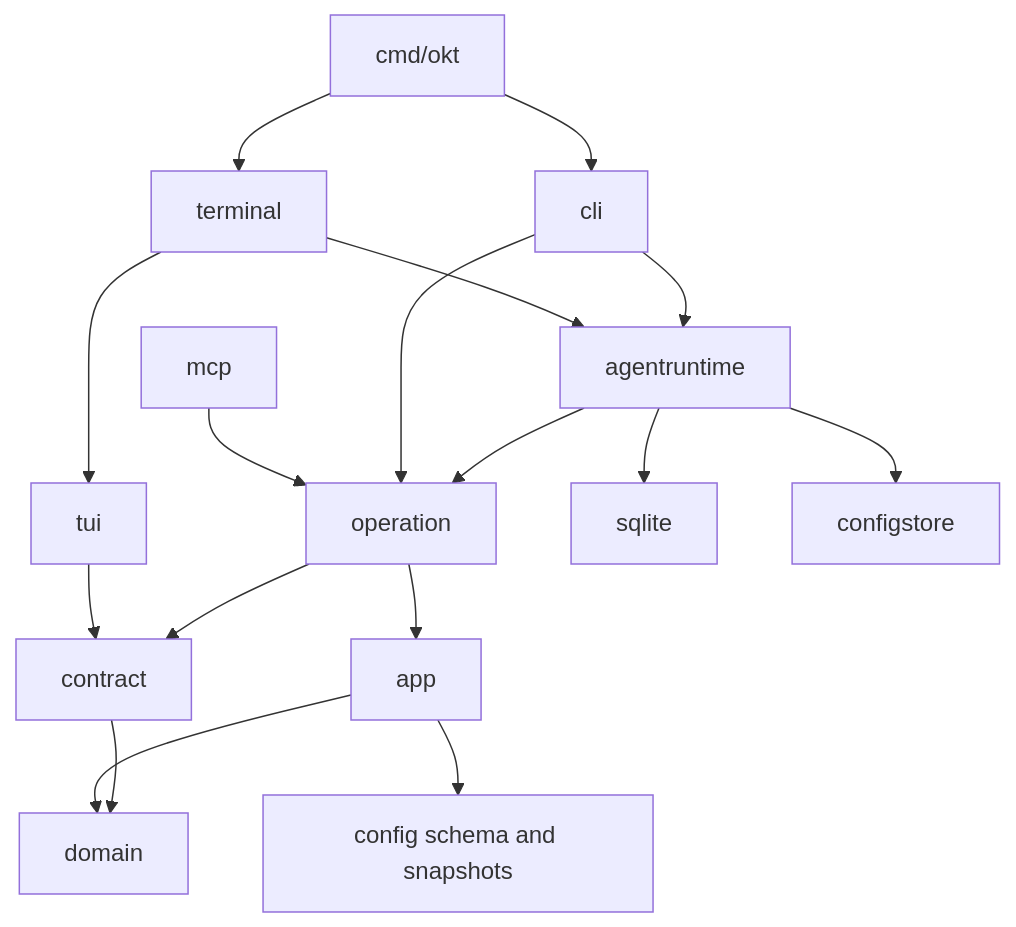
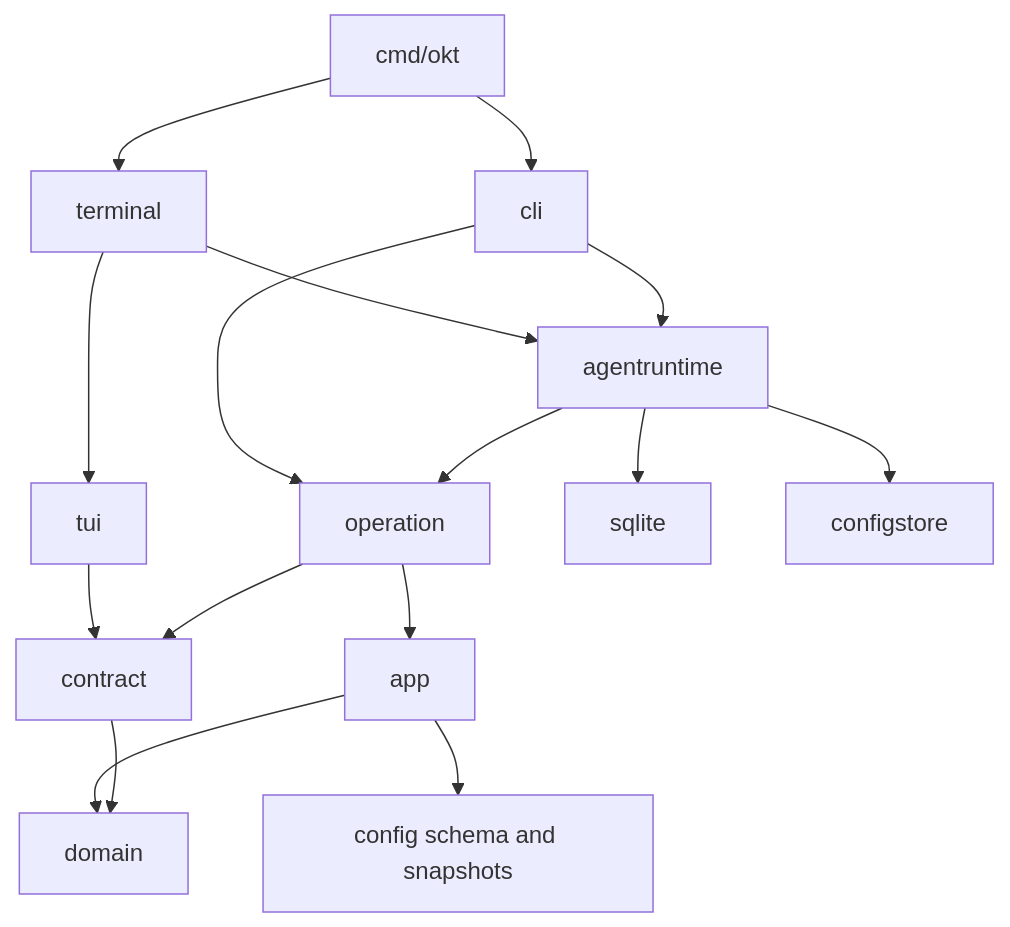
The diagram in .docs/internal/architecture.md (This-Is-NPC/omakiten), drawn with Mermaid before and after one commit. The commit also changed other lines of this file and 325 other files, not shown here.

First line of the commit message:
refactor(agent)!: replace MCP with CLI skill

````diff
--- a/.docs/internal/architecture.md
+++ b/.docs/internal/architecture.md
@@ -43,19 +43,18 @@
 ```mermaid
 flowchart TD
     Entry[cmd/okt] --> CLI[cli]
     Entry --> Terminal[terminal]
     Terminal --> TUI[tui]
     Terminal --> Runtime[agentruntime]
     CLI --> Runtime
-    MCP[mcp] --> Operations[operation]
-    CLI --> Operations
+    CLI --> Operations[operation]
     Runtime --> Operations
     Runtime --> SQLite[sqlite]
     Runtime --> Files[configstore]
     TUI --> Contracts[contract]
     Operations --> Contracts
     Operations --> App[app]
     App --> Domain[domain]
     Contracts --> Domain
     App --> Config[config schema and snapshots]
 ```
````
